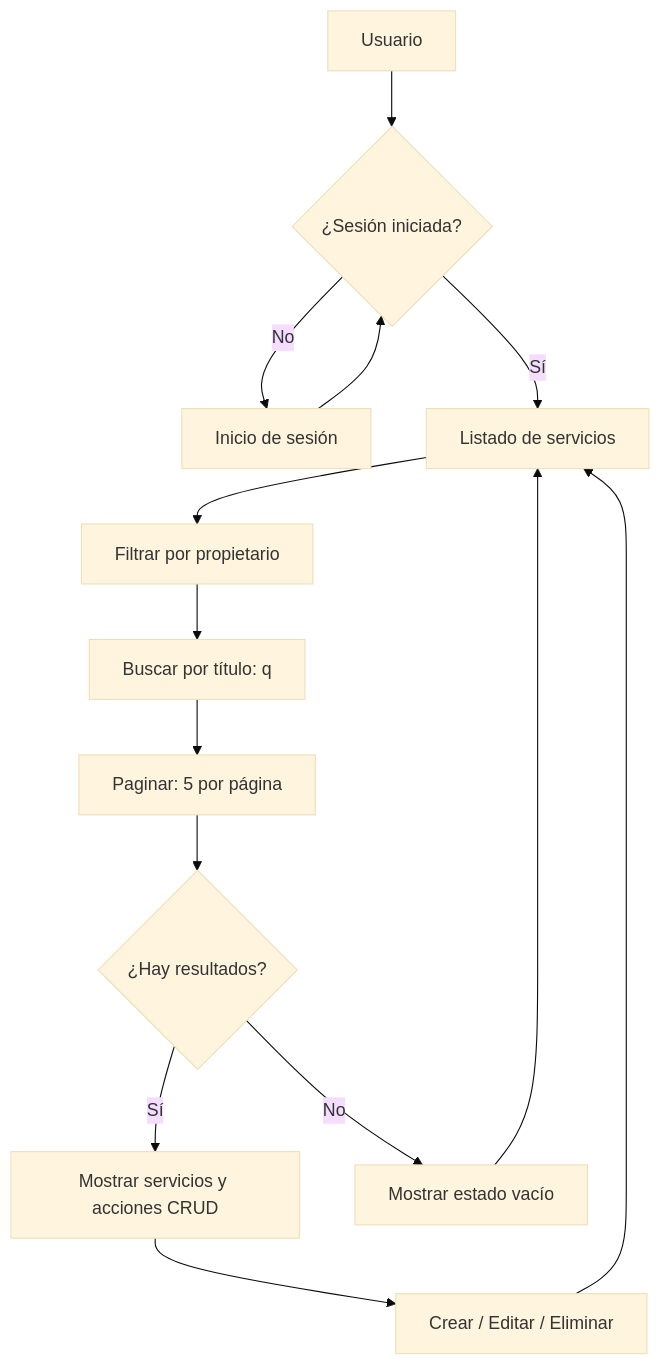
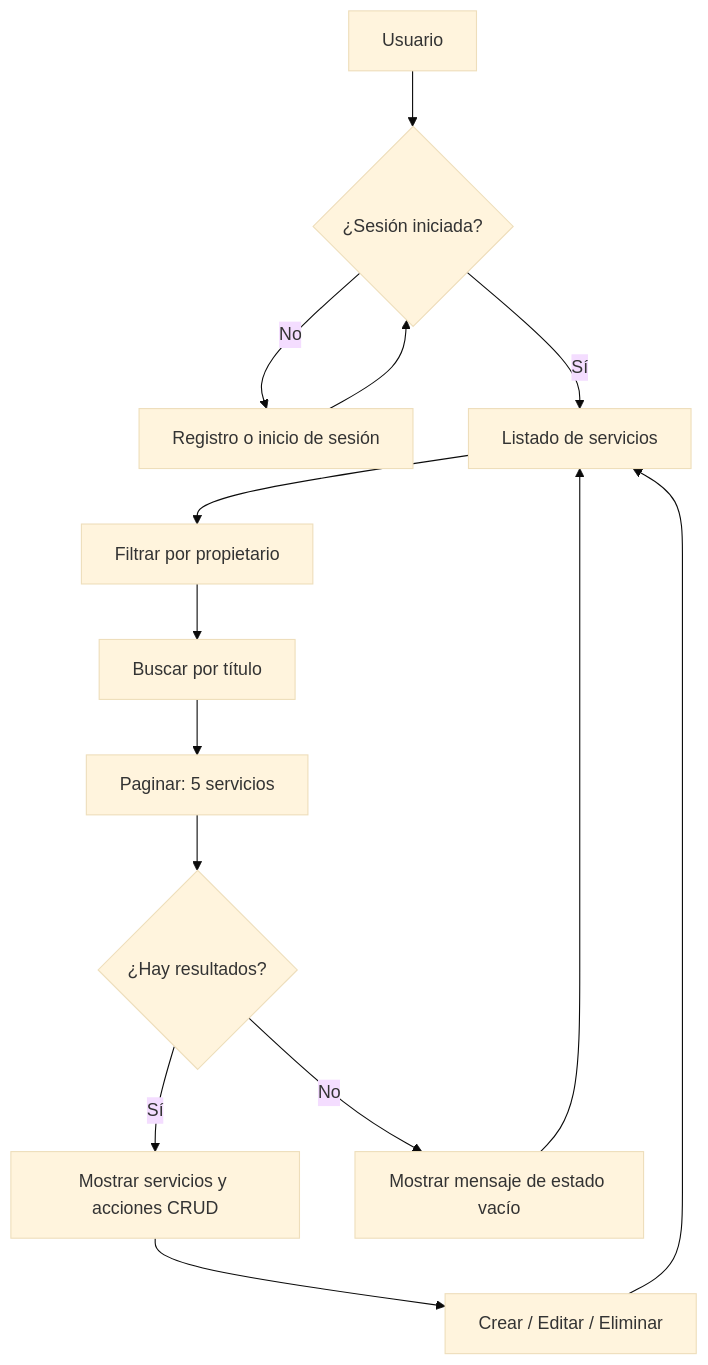
Before and after one commit to duarteruizsebastian/u4p3-duarte-ruiz-sebastian: the diagram in README.md, drawn with Mermaid (base theme). The commit also changed other lines of this file, not shown here.

````diff
--- a/README.md
+++ b/README.md
@@ -76,16 +79,16 @@
 ```mermaid
 flowchart TD
     A[Usuario] --> B{¿Sesión iniciada?}
-    B -- No --> C[Inicio de sesión]
+    B -- No --> C[Registro o inicio de sesión]
     C --> B
     B -- Sí --> D[Listado de servicios]
     D --> E[Filtrar por propietario]
-    E --> F[Buscar por título: q]
-    F --> G[Paginar: 5 por página]
+    E --> F[Buscar por título]
+    F --> G[Paginar: 5 servicios]
     G --> H{¿Hay resultados?}
     H -- Sí --> I[Mostrar servicios y acciones CRUD]
-    H -- No --> J[Mostrar estado vacío]
+    H -- No --> J[Mostrar mensaje de estado vacío]
     I --> K[Crear / Editar / Eliminar]
     K --> D
     J --> D
 ```
````
